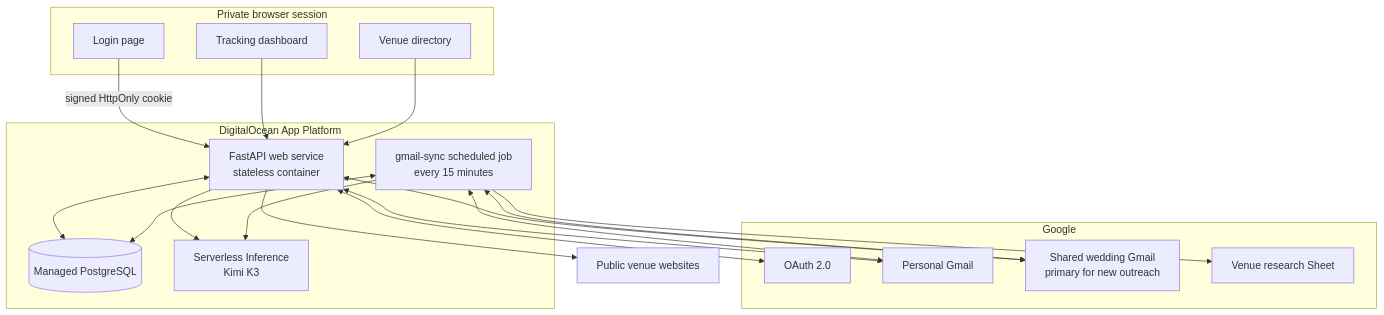
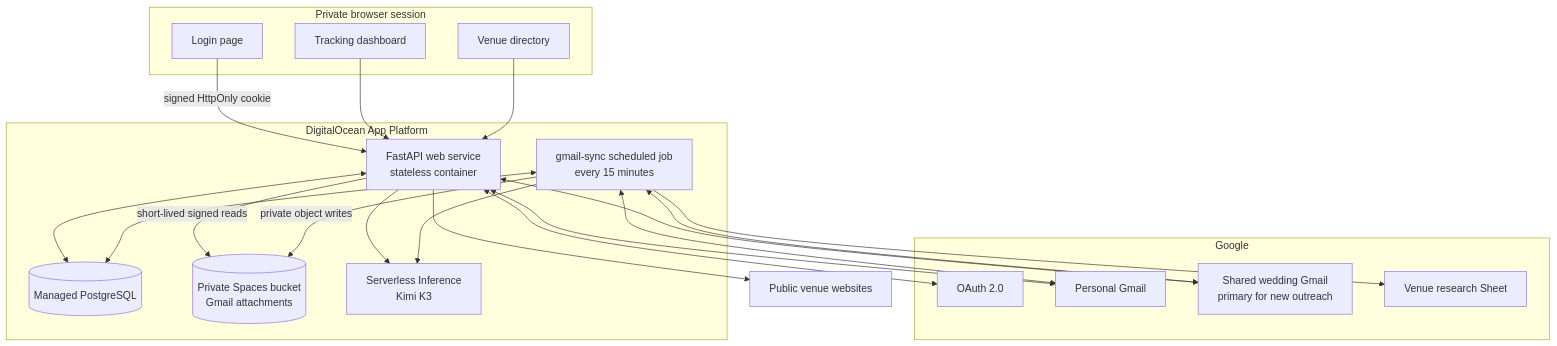
Before and after one commit to ralphieninefo/rkwedding: the first of 6 diagrams in docs/ARCHITECTURE.md, drawn with Mermaid. The commit also changed other lines of this file and 19 other files, not shown here.

Commit message:
Add private venue document storage and harden Gmail flows

````diff
--- a/docs/ARCHITECTURE.md
+++ b/docs/ARCHITECTURE.md
@@ -18,39 +18,42 @@
 ```mermaid
 flowchart TB
     subgraph Browser["Private browser session"]
         UI1["Tracking dashboard"]
         UI2["Venue directory"]
         LOGIN["Login page"]
     end
 
     subgraph DO["DigitalOcean App Platform"]
         WEB["FastAPI web service<br/>stateless container"]
         JOB["gmail-sync scheduled job<br/>every 15 minutes"]
         PG[("Managed PostgreSQL")]
+        SPACES[("Private Spaces bucket<br/>Gmail attachments")]
         KIMI["Serverless Inference<br/>Kimi K3"]
     end
 
     subgraph Google["Google"]
         OAUTH["OAuth 2.0"]
         G1["Personal Gmail"]
         G2["Shared wedding Gmail<br/>primary for new outreach"]
         SHEET["Venue research Sheet"]
     end
 
     SITES["Public venue websites"]
 
     LOGIN -->|signed HttpOnly cookie| WEB
     UI1 --> WEB
     UI2 --> WEB
     WEB <--> PG
     JOB <--> PG
+    WEB -->|short-lived signed reads| SPACES
+    JOB -->|private object writes| SPACES
     WEB <--> OAUTH
     WEB <--> G1
     WEB <--> G2
     JOB <--> G1
     JOB <--> G2
     WEB --> SITES
     JOB --> SHEET
     WEB --> KIMI
     JOB --> KIMI
 ```
````
